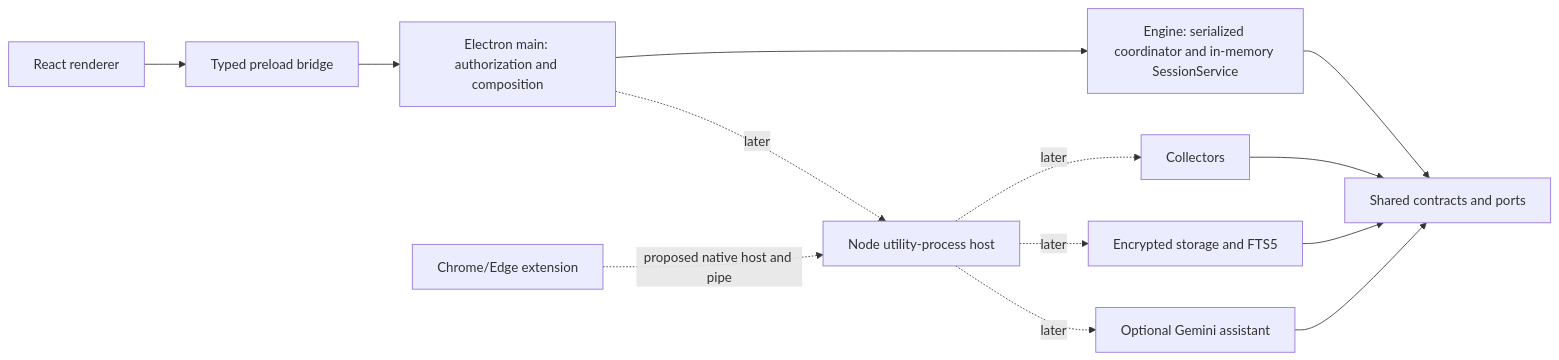
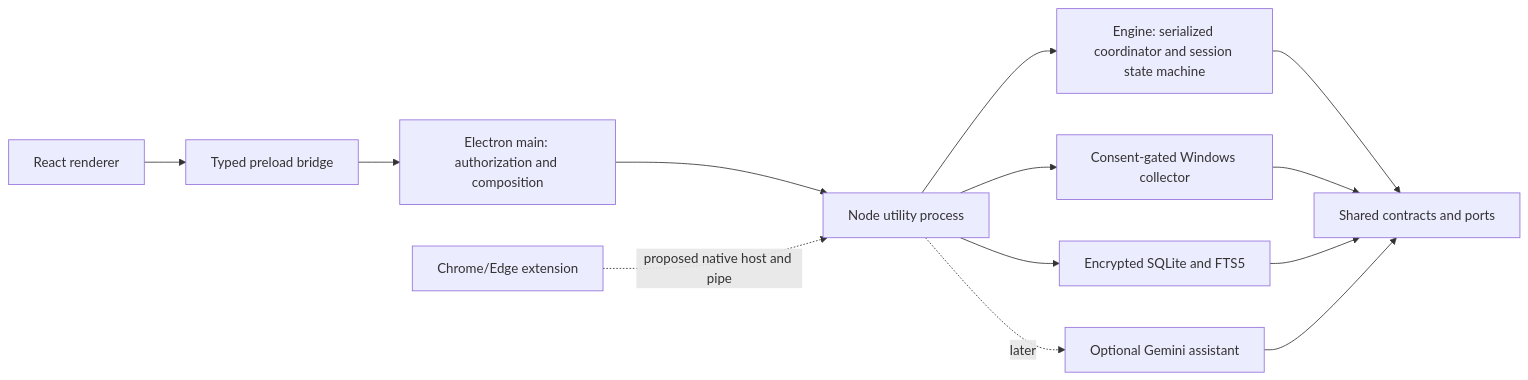
The first of 3 diagrams in docs/architecture.md (abdu3061/Rewind), drawn with Mermaid before and after one commit. The commit also changed other lines of this file and 16 other files, not shown here.

````diff
--- a/docs/architecture.md
+++ b/docs/architecture.md
@@ -9,15 +9,15 @@
 ```mermaid
 flowchart LR
   R[React renderer] --> P[Typed preload bridge]
   P --> M[Electron main: authorization and composition]
-  M --> E[Engine: serialized coordinator and in-memory SessionService]
-  M -. later .-> U[Node utility-process host]
-  U -. later .-> C[Collectors]
-  U -. later .-> S[Encrypted storage and FTS5]
+  M --> U[Node utility process]
+  U --> E[Engine: serialized coordinator and session state machine]
+  U --> C[Consent-gated Windows collector]
+  U --> S[Encrypted SQLite and FTS5]
   U -. later .-> A[Optional Gemini assistant]
   E --> K[Shared contracts and ports]
   C --> K
   S --> K
   A --> K
   B[Chrome/Edge extension] -. proposed native host and pipe .-> U
 ```
````
